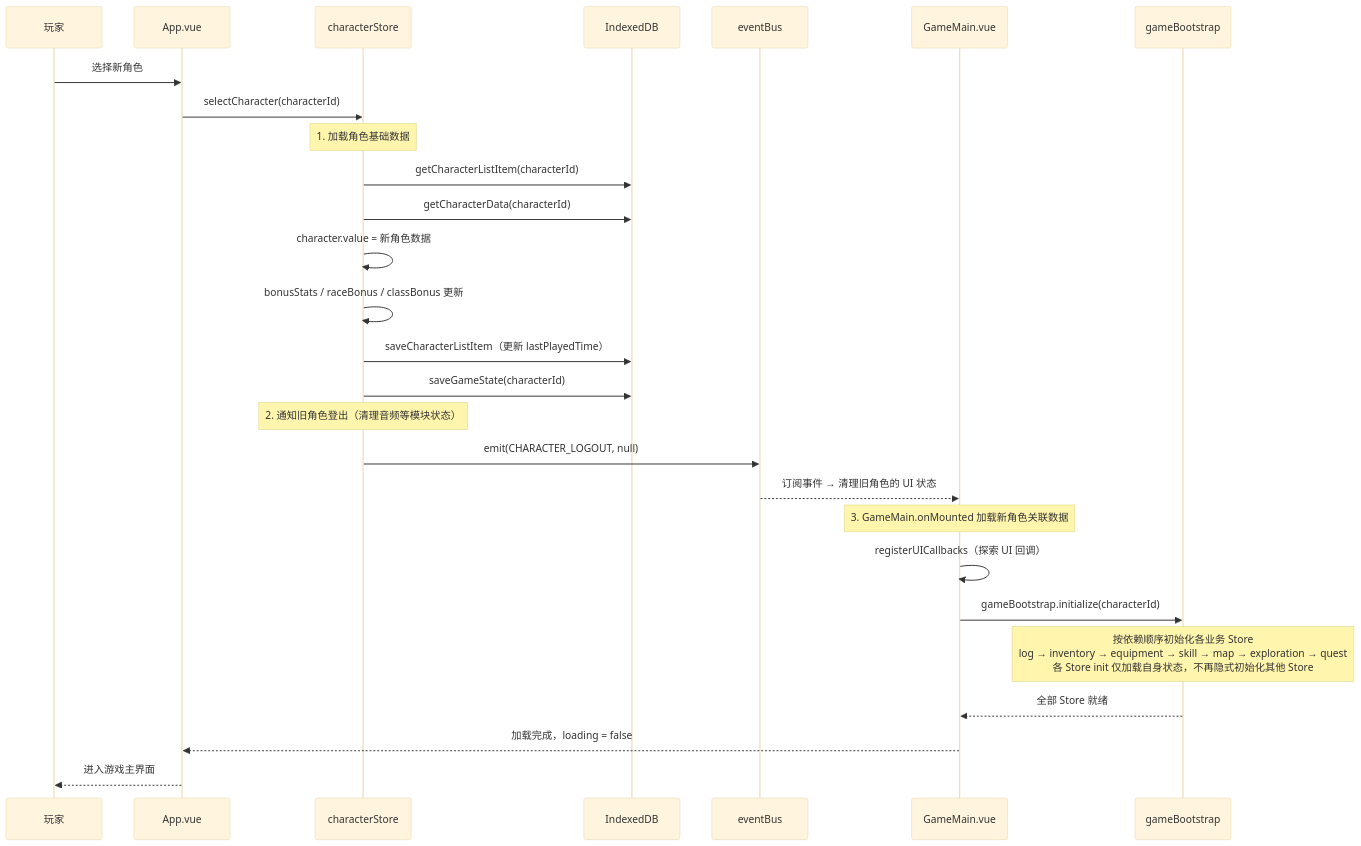
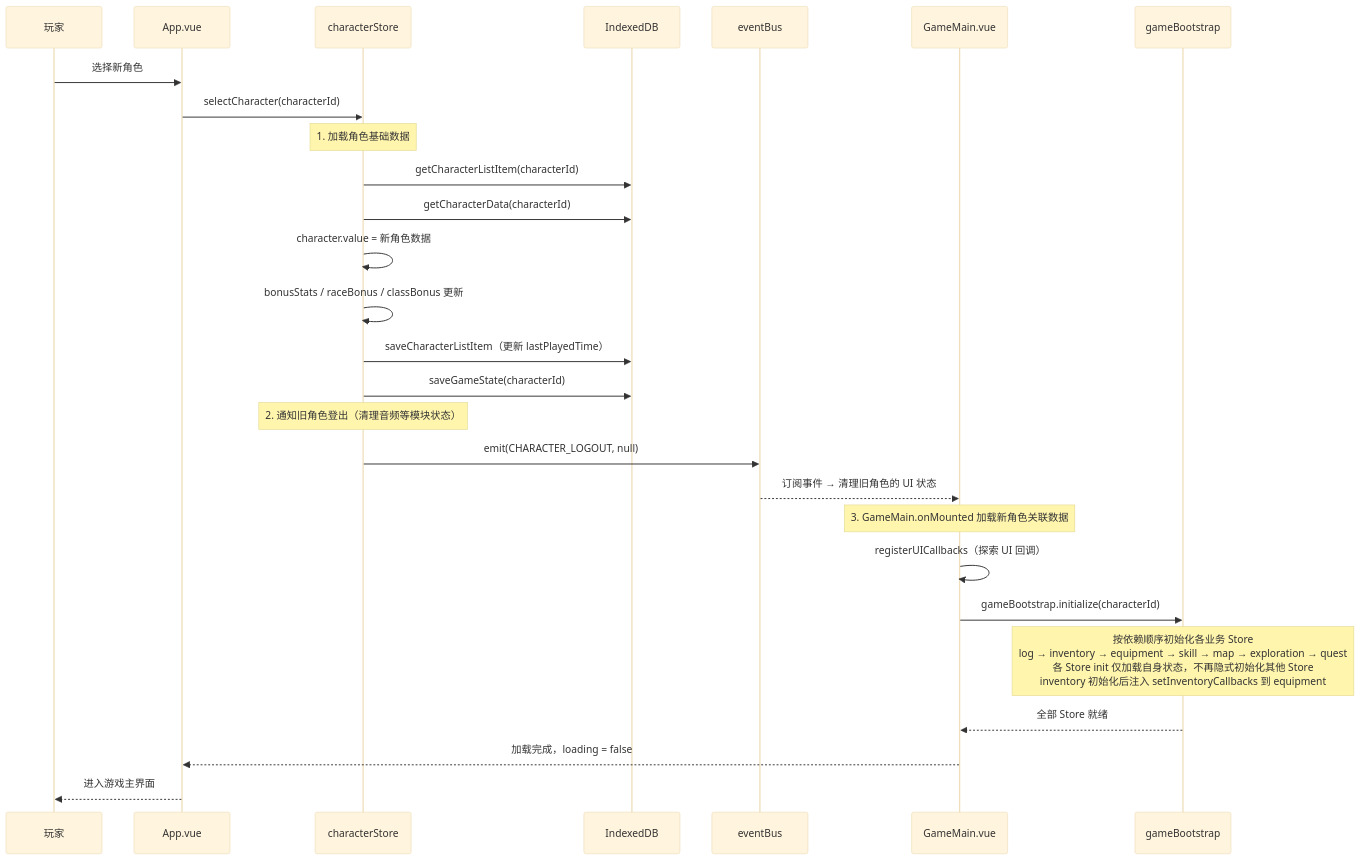
Diagram 12 of 17 in doc/project/DATA_FLOW.md (SonDemigods/wow_dnd), drawn with Mermaid (base theme) before and after one commit. The commit also changed other lines of this file and 4 other files, not shown here.

````diff
--- a/doc/project/DATA_FLOW.md
+++ b/doc/project/DATA_FLOW.md
@@ -633,35 +661,35 @@
 ```mermaid
 sequenceDiagram
     %% 角色切换流程：登出旧角色 + 加载新角色
     participant U as 玩家
     participant App as App.vue
     participant CS as characterStore
     participant DB as IndexedDB
     participant Bus as eventBus
     participant GM as GameMain.vue
     participant GBS as gameBootstrap
 
     U->>App: 选择新角色
     App->>CS: selectCharacter(characterId)
 
     Note over CS: 1. 加载角色基础数据
     CS->>DB: getCharacterListItem(characterId)
     CS->>DB: getCharacterData(characterId)
     CS->>CS: character.value = 新角色数据
     CS->>CS: bonusStats / raceBonus / classBonus 更新
     CS->>DB: saveCharacterListItem（更新 lastPlayedTime）
     CS->>DB: saveGameState(characterId)
 
     Note over CS: 2. 通知旧角色登出（清理音频等模块状态）
     CS->>Bus: emit(CHARACTER_LOGOUT, null)
     Bus-->>GM: 订阅事件 → 清理旧角色的 UI 状态
 
     Note over GM: 3. GameMain.onMounted 加载新角色关联数据
     GM->>GM: registerUICallbacks（探索 UI 回调）
     GM->>GBS: gameBootstrap.initialize(characterId)
-    Note over GBS: 按依赖顺序初始化各业务 Store<br/>log → inventory → equipment → skill → map → exploration → quest<br/>各 Store init 仅加载自身状态，不再隐式初始化其他 Store
+    Note over GBS: 按依赖顺序初始化各业务 Store<br/>log → inventory → equipment → skill → map → exploration → quest<br/>各 Store init 仅加载自身状态，不再隐式初始化其他 Store<br/>inventory 初始化后注入 setInventoryCallbacks 到 equipment
     GBS-->>GM: 全部 Store 就绪
 
     GM-->>App: 加载完成，loading = false
     App-->>U: 进入游戏主界面
 ```
````
